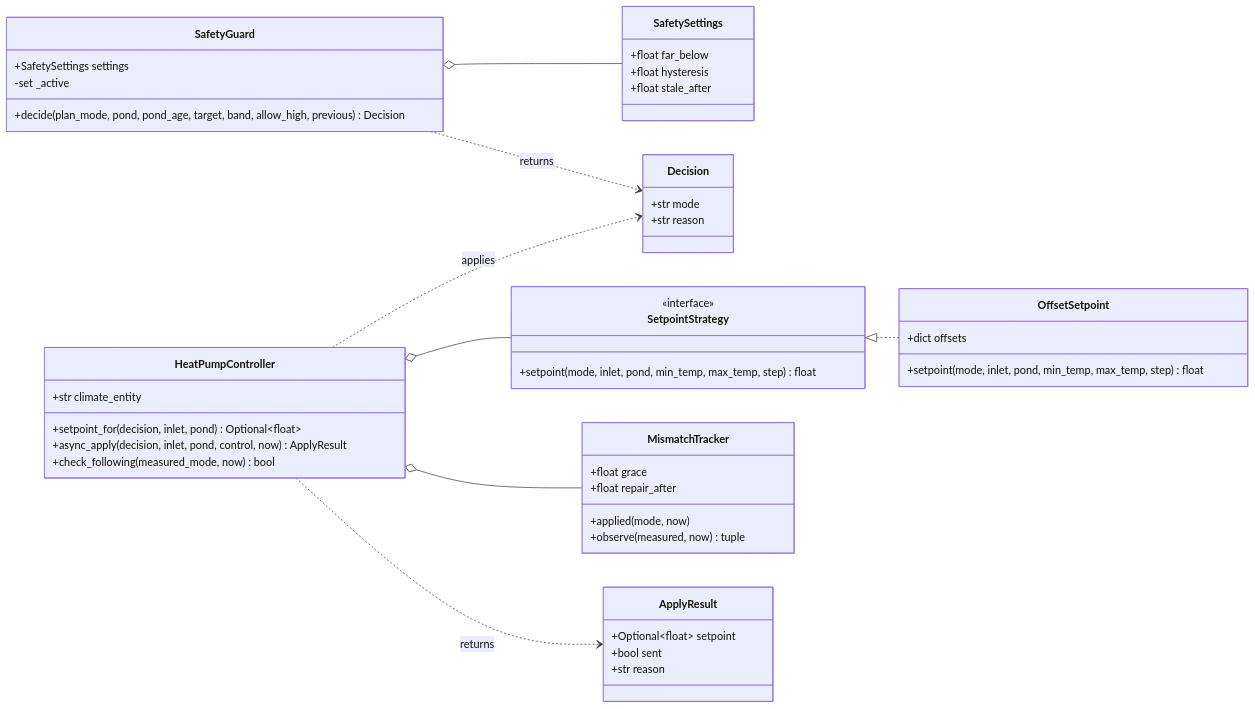
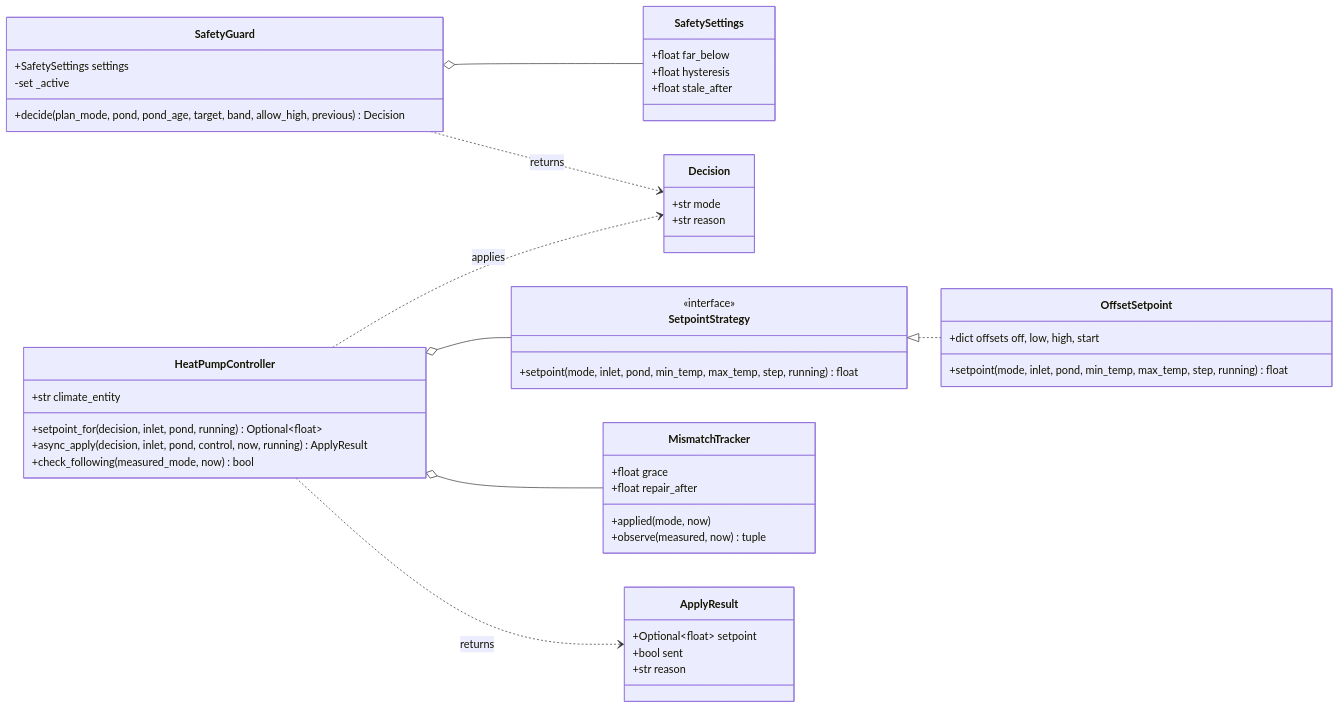
Before and after one commit to abroeders/pond-heatpump-price-planner: diagram 13 of 24 in docs/architecture.md, drawn with Mermaid. The commit also changed other lines of this file and 3 other files, not shown here.

Commit message:
docs: start offset in the configuration, control design and architecture (#24)

````diff
--- a/docs/architecture.md
+++ b/docs/architecture.md
@@ -545,50 +545,50 @@
 ```mermaid
 classDiagram
     direction LR
     class SafetyGuard {
         +SafetySettings settings
         -set _active
         +decide(plan_mode, pond, pond_age, target, band, allow_high, previous) Decision
     }
     class SafetySettings {
         +float far_below
         +float hysteresis
         +float stale_after
     }
     class Decision {
         +str mode
         +str reason
     }
     class SetpointStrategy {
         <<interface>>
-        +setpoint(mode, inlet, pond, min_temp, max_temp, step) float
+        +setpoint(mode, inlet, pond, min_temp, max_temp, step, running) float
     }
     class OffsetSetpoint {
-        +dict offsets
-        +setpoint(mode, inlet, pond, min_temp, max_temp, step) float
+        +dict offsets  off, low, high, start
+        +setpoint(mode, inlet, pond, min_temp, max_temp, step, running) float
     }
     class MismatchTracker {
         +float grace
         +float repair_after
         +applied(mode, now)
         +observe(measured, now) tuple
     }
     class HeatPumpController {
         +str climate_entity
-        +setpoint_for(decision, inlet, pond) Optional~float~
-        +async_apply(decision, inlet, pond, control, now) ApplyResult
+        +setpoint_for(decision, inlet, pond, running) Optional~float~
+        +async_apply(decision, inlet, pond, control, now, running) ApplyResult
         +check_following(measured_mode, now) bool
     }
     class ApplyResult {
         +Optional~float~ setpoint
         +bool sent
         +str reason
     }
     SafetyGuard o-- SafetySettings
     SafetyGuard ..> Decision : returns
     SetpointStrategy <|.. OffsetSetpoint
     HeatPumpController o-- SetpointStrategy
     HeatPumpController o-- MismatchTracker
     HeatPumpController ..> ApplyResult : returns
     HeatPumpController ..> Decision : applies
 ```
````
